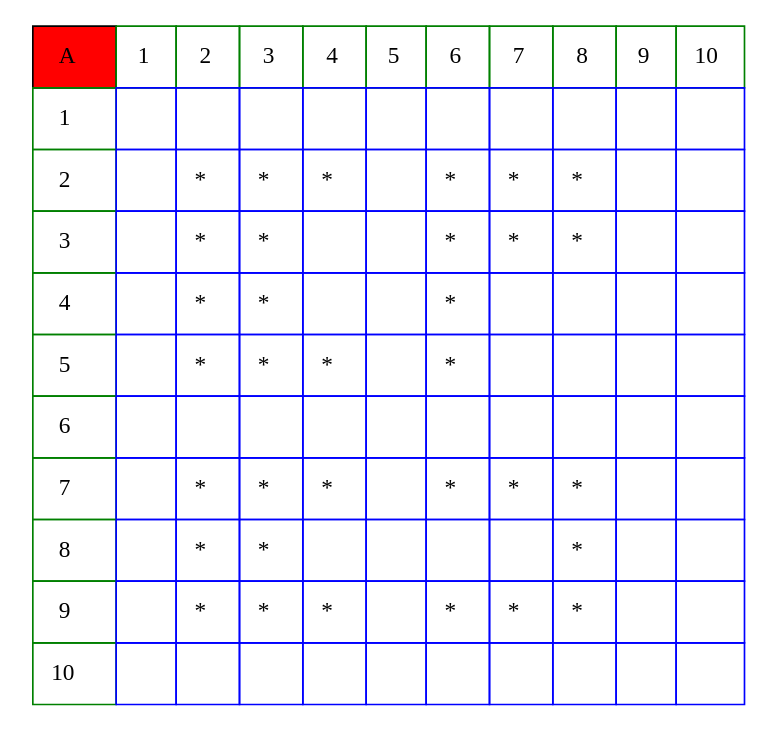
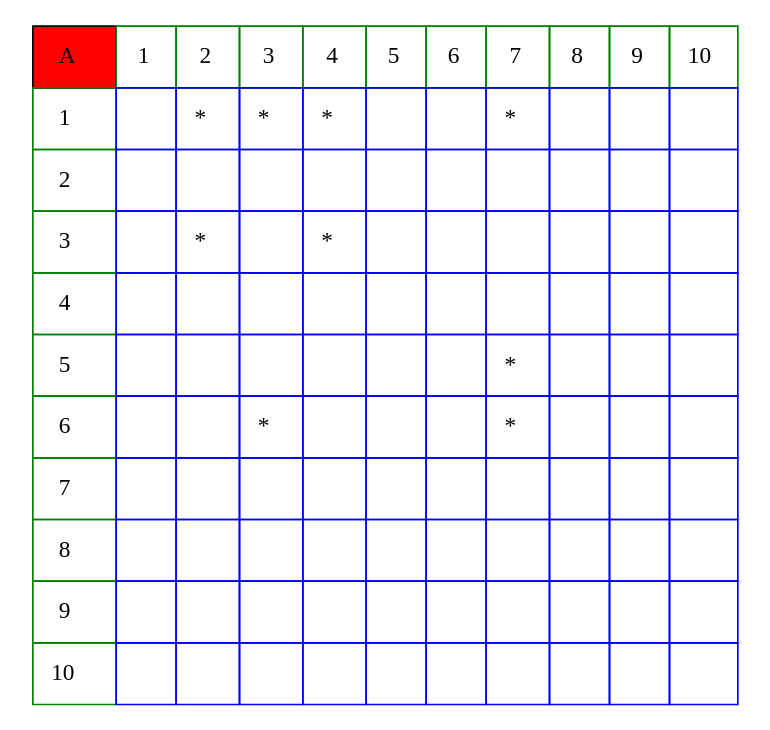
One commit to AbidelLux/Proyecto02_1S2021IPC2_JAMES changed the diagram in Resultado.dot. Above: the diagram before and after it, drawn with Graphviz. The commit also changed 11 other files, not shown here.

```diff
--- a/Resultado.dot
+++ b/Resultado.dot
@@ -1,21 +1,21 @@
 digraph {
 	tbl [
 	size="4,4"
 	shape=plaintext
 	label=<
 
 		<table border="0" color="green" cellpadding="10" cellborder="1" cellspacing="0">
 	<tr><td bgcolor = "red" color="black"> A </td><td color="green">1</td><td color="green">2</td><td color="green">3</td><td color="green">4</td><td color="green">5</td><td color="green">6</td><td color="green">7</td><td color="green">8</td><td color="green">9</td><td color="green">10</td></tr>
-			<tr><td color="green"> 1 </td><td color="blue">   </td><td color="blue">   </td><td color="blue">   </td><td color="blue">   </td><td color="blue">   </td><td color="blue">   </td><td color="blue">   </td><td color="blue">   </td><td color="blue">   </td><td color="blue">   </td></tr>
-			<tr><td color="green"> 2 </td><td color="blue">   </td><td color="blue"> * </td><td color="blue"> * </td><td color="blue"> * </td><td color="blue">   </td><td color="blue"> * </td><td color="blue"> * </td><td color="blue"> * </td><td color="blue">   </td><td color="blue">   </td></tr>
-			<tr><td color="green"> 3 </td><td color="blue">   </td><td color="blue"> * </td><td color="blue"> * </td><td color="blue">   </td><td color="blue">   </td><td color="blue"> * </td><td color="blue"> * </td><td color="blue"> * </td><td color="blue">   </td><td color="blue">   </td></tr>
-			<tr><td color="green"> 4 </td><td color="blue">   </td><td color="blue"> * </td><td color="blue"> * </td><td color="blue">   </td><td color="blue">   </td><td color="blue"> * </td><td color="blue">   </td><td color="blue">   </td><td color="blue">   </td><td color="blue">   </td></tr>
-			<tr><td color="green"> 5 </td><td color="blue">   </td><td color="blue"> * </td><td color="blue"> * </td><td color="blue"> * </td><td color="blue">   </td><td color="blue"> * </td><td color="blue">   </td><td color="blue">   </td><td color="blue">   </td><td color="blue">   </td></tr>
-			<tr><td color="green"> 6 </td><td color="blue">   </td><td color="blue">   </td><td color="blue">   </td><td color="blue">   </td><td color="blue">   </td><td color="blue">   </td><td color="blue">   </td><td color="blue">   </td><td color="blue">   </td><td color="blue">   </td></tr>
-			<tr><td color="green"> 7 </td><td color="blue">   </td><td color="blue"> * </td><td color="blue"> * </td><td color="blue"> * </td><td color="blue">   </td><td color="blue"> * </td><td color="blue"> * </td><td color="blue"> * </td><td color="blue">   </td><td color="blue">   </td></tr>
-			<tr><td color="green"> 8 </td><td color="blue">   </td><td color="blue"> * </td><td color="blue"> * </td><td color="blue">   </td><td color="blue">   </td><td color="blue">   </td><td color="blue">   </td><td color="blue"> * </td><td color="blue">   </td><td color="blue">   </td></tr>
-			<tr><td color="green"> 9 </td><td color="blue">   </td><td color="blue"> * </td><td color="blue"> * </td><td color="blue"> * </td><td color="blue">   </td><td color="blue"> * </td><td color="blue"> * </td><td color="blue"> * </td><td color="blue">   </td><td color="blue">   </td></tr>
+			<tr><td color="green"> 1 </td><td color="blue">   </td><td color="blue"> * </td><td color="blue"> * </td><td color="blue"> * </td><td color="blue">   </td><td color="blue">   </td><td color="blue"> * </td><td color="blue">   </td><td color="blue">   </td><td color="blue">   </td></tr>
+			<tr><td color="green"> 2 </td><td color="blue">   </td><td color="blue">   </td><td color="blue">   </td><td color="blue">   </td><td color="blue">   </td><td color="blue">   </td><td color="blue">   </td><td color="blue">   </td><td color="blue">   </td><td color="blue">   </td></tr>
+			<tr><td color="green"> 3 </td><td color="blue">   </td><td color="blue"> * </td><td color="blue">   </td><td color="blue"> * </td><td color="blue">   </td><td color="blue">   </td><td color="blue">   </td><td color="blue">   </td><td color="blue">   </td><td color="blue">   </td></tr>
+			<tr><td color="green"> 4 </td><td color="blue">   </td><td color="blue">   </td><td color="blue">   </td><td color="blue">   </td><td color="blue">   </td><td color="blue">   </td><td color="blue">   </td><td color="blue">   </td><td color="blue">   </td><td color="blue">   </td></tr>
+			<tr><td color="green"> 5 </td><td color="blue">   </td><td color="blue">   </td><td color="blue">   </td><td color="blue">   </td><td color="blue">   </td><td color="blue">   </td><td color="blue"> * </td><td color="blue">   </td><td color="blue">   </td><td color="blue">   </td></tr>
+			<tr><td color="green"> 6 </td><td color="blue">   </td><td color="blue">   </td><td color="blue"> * </td><td color="blue">   </td><td color="blue">   </td><td color="blue">   </td><td color="blue"> * </td><td color="blue">   </td><td color="blue">   </td><td color="blue">   </td></tr>
+			<tr><td color="green"> 7 </td><td color="blue">   </td><td color="blue">   </td><td color="blue">   </td><td color="blue">   </td><td color="blue">   </td><td color="blue">   </td><td color="blue">   </td><td color="blue">   </td><td color="blue">   </td><td color="blue">   </td></tr>
+			<tr><td color="green"> 8 </td><td color="blue">   </td><td color="blue">   </td><td color="blue">   </td><td color="blue">   </td><td color="blue">   </td><td color="blue">   </td><td color="blue">   </td><td color="blue">   </td><td color="blue">   </td><td color="blue">   </td></tr>
+			<tr><td color="green"> 9 </td><td color="blue">   </td><td color="blue">   </td><td color="blue">   </td><td color="blue">   </td><td color="blue">   </td><td color="blue">   </td><td color="blue">   </td><td color="blue">   </td><td color="blue">   </td><td color="blue">   </td></tr>
 			<tr><td color="green"> 10 </td><td color="blue">   </td><td color="blue">   </td><td color="blue">   </td><td color="blue">   </td><td color="blue">   </td><td color="blue">   </td><td color="blue">   </td><td color="blue">   </td><td color="blue">   </td><td color="blue">   </td></tr>
 			</table>
 		>];
 }
```
